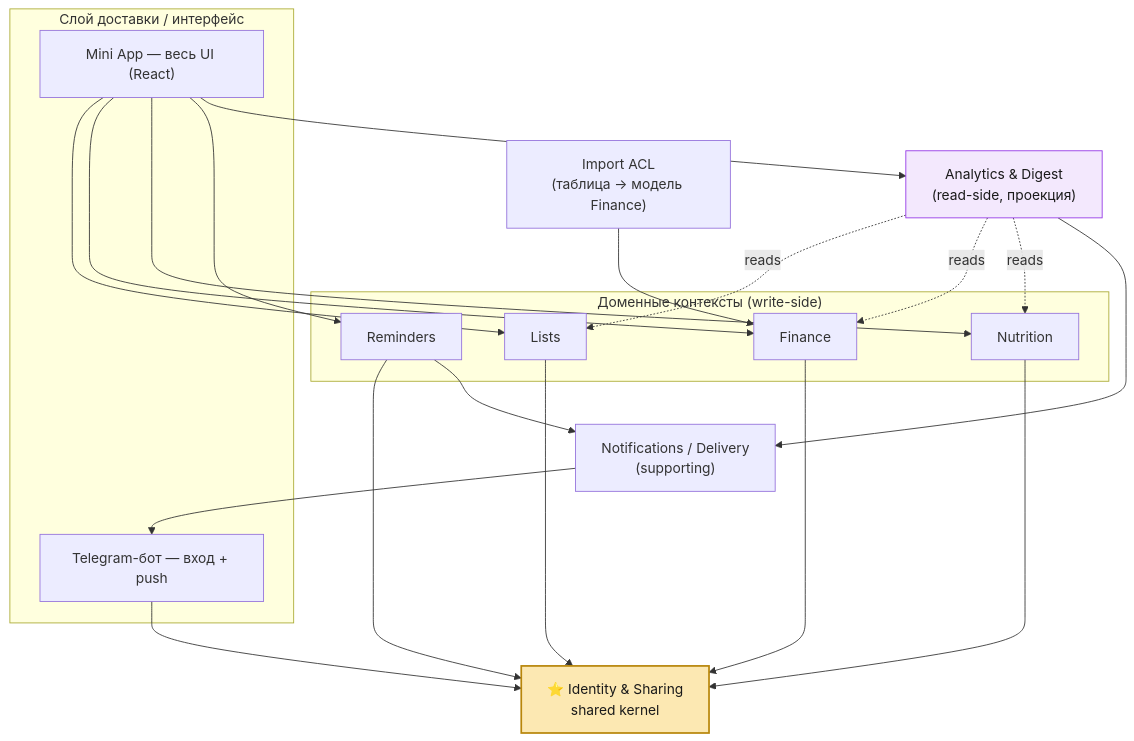
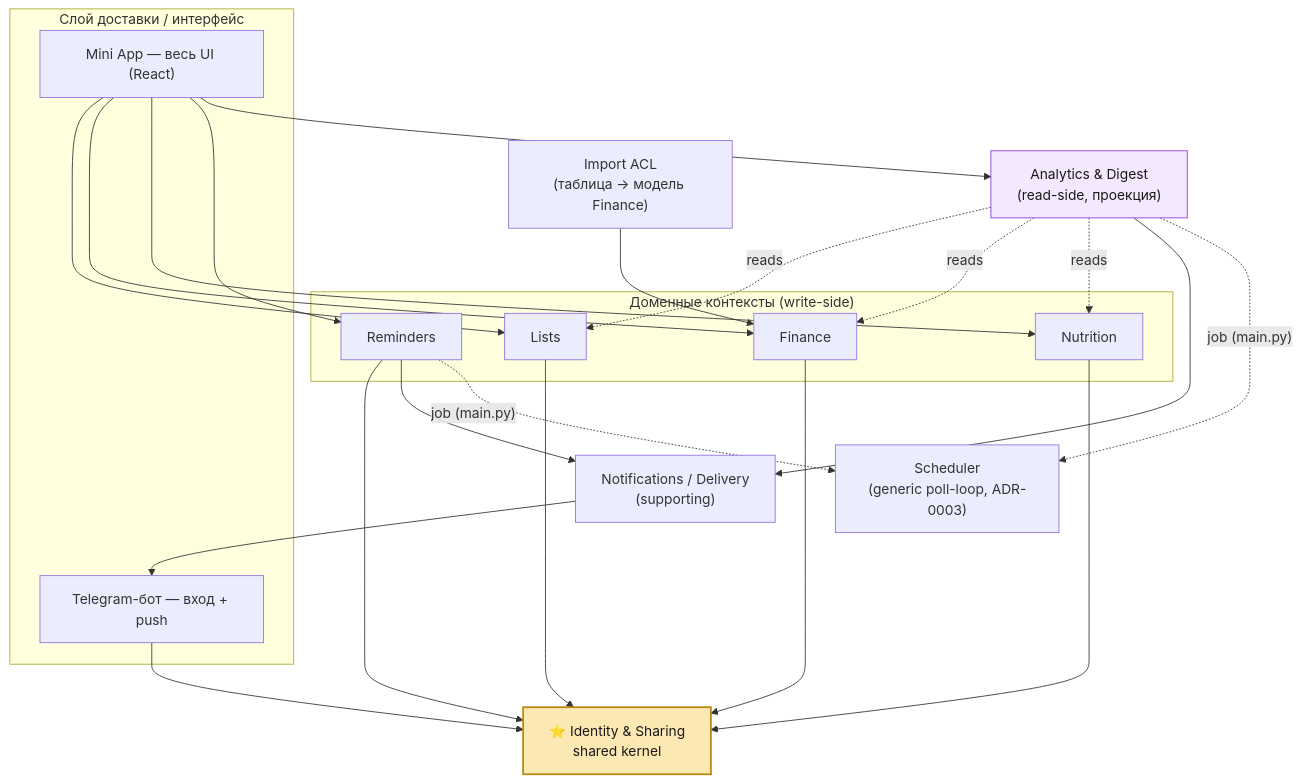
The diagram in docs/07_diagrams/overview/02-context-map.mermaid (SkeiLeinux/Assistent_bot), drawn with Mermaid before and after one commit. The commit also changed 43 other files, not shown here.

```diff
--- a/docs/07_diagrams/overview/02-context-map.mermaid
+++ b/docs/07_diagrams/overview/02-context-map.mermaid
@@ -1,42 +1,45 @@
 %% Карта bounded contexts и граф зависимостей
 %% Derived from: DOMAIN_MODEL.md §2. SSOT — docs/02_domain, docs/04_specs.
 flowchart TB
   subgraph DELIVERY["Слой доставки / интерфейс"]
     Mini["Mini App — весь UI (React)"]
     Bot["Telegram-бот — вход + push"]
   end
 
   subgraph DOMAINS["Доменные контексты (write-side)"]
     Lists["Lists"]
     Fin["Finance"]
     Nut["Nutrition"]
     Rem["Reminders"]
   end
 
   An["Analytics & Digest<br/>(read-side, проекция)"]
   Notif["Notifications / Delivery<br/>(supporting)"]
+  Sched["Scheduler<br/>(generic poll-loop, ADR-0003)"]
   ACL["Import ACL<br/>(таблица → модель Finance)"]
   ID["⭐ Identity & Sharing<br/>shared kernel"]
 
   Mini --> Lists
   Mini --> Fin
   Mini --> Nut
   Mini --> Rem
   Mini --> An
   Lists --> ID
   Fin --> ID
   Nut --> ID
   Rem --> ID
   An -.->|reads| Lists
   An -.->|reads| Fin
   An -.->|reads| Nut
   Rem --> Notif
   An --> Notif
+  Rem -.->|"job (main.py)"| Sched
+  An -.->|"job (main.py)"| Sched
   Notif --> Bot
   ACL --> Fin
   Bot --> ID
 
   classDef kernel fill:#FCE8B2,stroke:#B8860B,stroke-width:2px,color:#1a1a1a;
   classDef read fill:#F3E8FD,stroke:#9334E6,color:#1a1a1a;
   class ID kernel;
   class An read;
```
